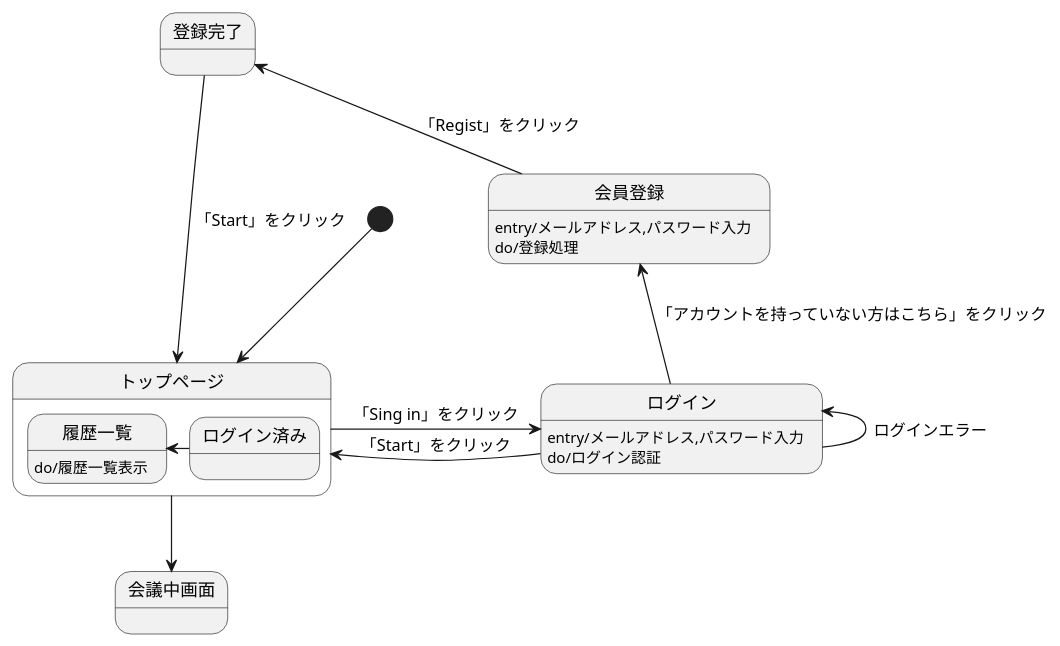
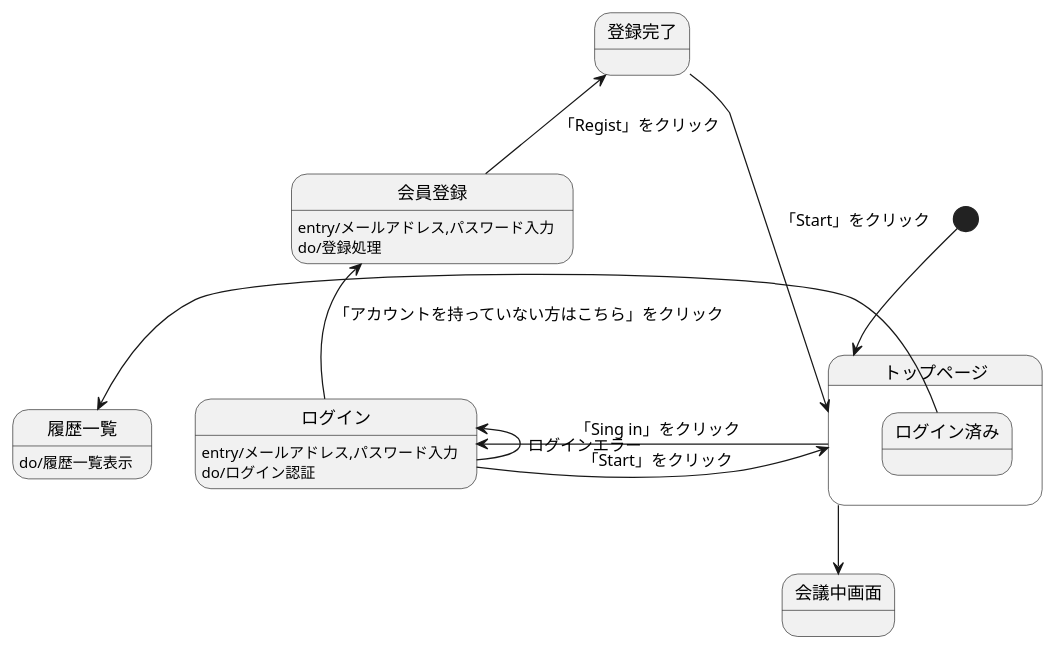
Before and after one commit to Aso2001031/2021sys-design: the diagram in 画面遷移図.md, drawn with PlantUML.

````diff
--- a/画面遷移図.md
+++ b/画面遷移図.md
@@ -1,31 +1,32 @@
 ```uml
 @startuml
 
 [*] -down-> トップページ
 
 State トップページ {
   state ログイン済み {
   
   }
-  ログイン済み -left-> 履歴一覧
 }
 トップページ -right-> ログイン :「Sing in」をクリック
 トップページ -down-> 会議中画面
 
 
 ログイン : entry/メールアドレス,パスワード入力
 ログイン : do/ログイン認証
 ログイン -left-> トップページ :「Start」をクリック
 ログイン -up-> 会員登録 :「アカウントを持っていない方はこちら」をクリック
 ログイン -up-> ログイン :ログインエラー
 
 会員登録 : entry/メールアドレス,パスワード入力
 会員登録 : do/登録処理
 会員登録 -up-> 登録完了 : 「Regist」をクリック
 
 登録完了 -> トップページ :「Start」をクリック
 
+ログイン済み -left-> 履歴一覧
+
 履歴一覧 :do/履歴一覧表示
 
 @enduml
 ```
````
